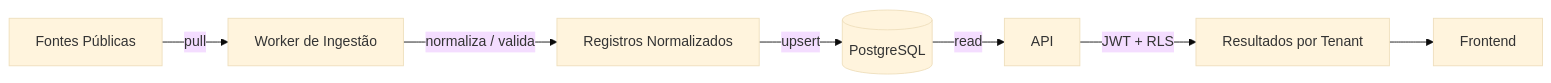
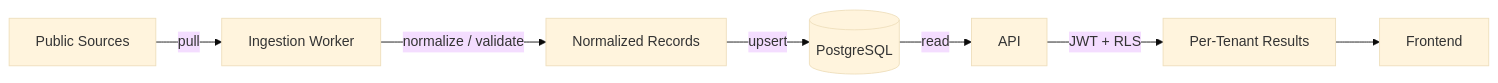
One commit to alissonf216/licitech-architecture-showcase changed the fourth of 8 diagrams in docs/ARCHITECTURE.md. Above: the diagram before and after it, drawn with Mermaid (base theme). The commit also changed other lines of this file and 36 other files, not shown here.

First line of the commit message:
Add Licitech architecture portfolio (EN + PT-BR)

````diff
--- a/docs/ARCHITECTURE.md
+++ b/docs/ARCHITECTURE.md
@@ -122,9 +124,9 @@
 ```mermaid
 flowchart LR
-    SRC[Fontes Públicas] -->|pull| ING[Worker de Ingestão]
-    ING -->|normaliza / valida| NORM[Registros Normalizados]
+    SRC[Public Sources] -->|pull| ING[Ingestion Worker]
+    ING -->|normalize / validate| NORM[Normalized Records]
     NORM -->|upsert| DB[(PostgreSQL)]
     DB -->|read| API[API]
-    API -->|JWT + RLS| TENANT[Resultados por Tenant]
+    API -->|JWT + RLS| TENANT[Per-Tenant Results]
     TENANT --> UI[Frontend]
 ```
````
